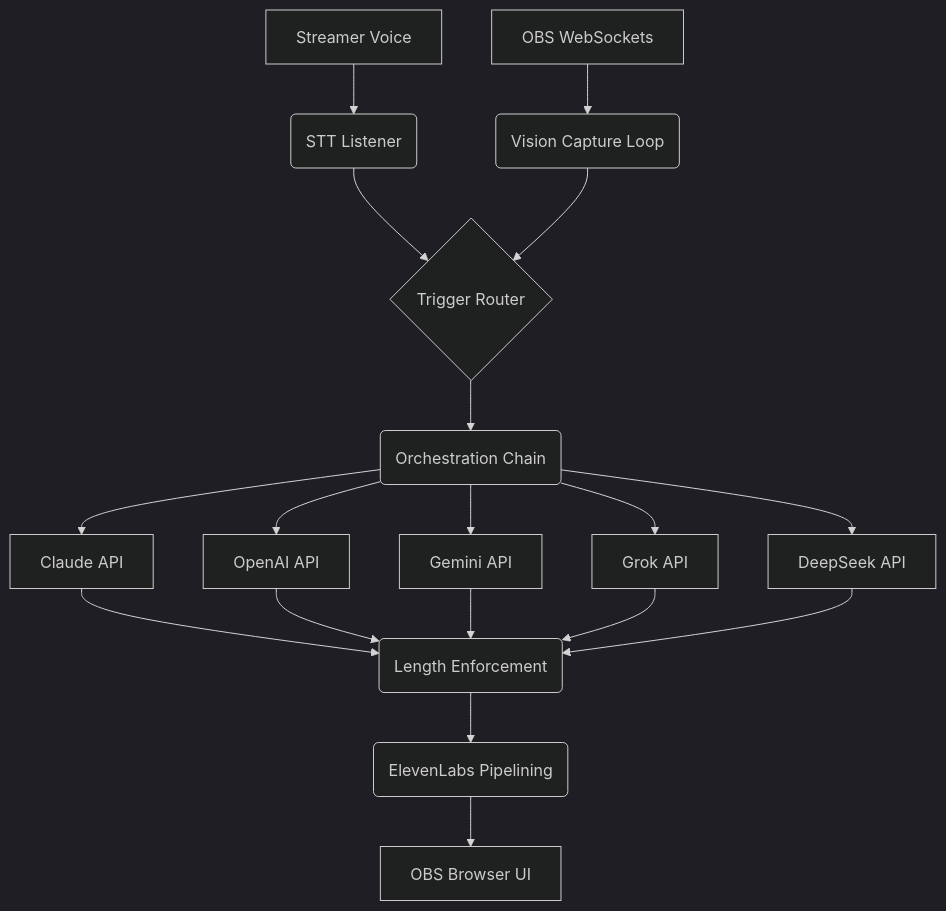
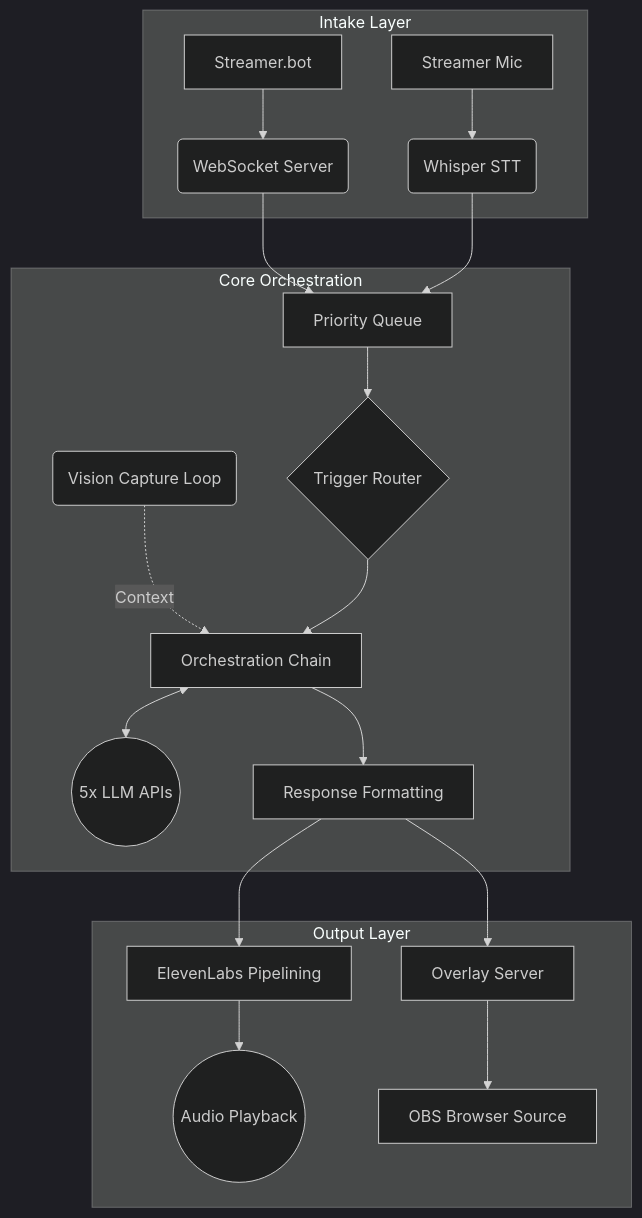
Before and after one commit to Moonie8t7/The_Party: the diagram in README.md, drawn with Mermaid (dark theme). The commit also changed other lines of this file, not shown here.

Commit message:
Refine architecture definition and restructure Mermaid diagram

````diff
--- a/README.md
+++ b/README.md
@@ -38,24 +38,27 @@
 ```mermaid
 graph TD
-    Streamer[Streamer Voice] --> STT(STT Listener)
-    OBS[OBS WebSockets] --> Vision(Vision Capture Loop)
-    STT --> Router{Trigger Router}
-    Vision --> Router
-    
-    Router --> Chain(Orchestration Chain)
-    
-    Chain --> Claude[Claude API]
-    Chain --> GPT[OpenAI API]
-    Chain --> Gemini[Gemini API]
-    Chain --> Grok[Grok API]
-    Chain --> DeepSeek[DeepSeek API]
-    
-    Claude --> Repair(Length Enforcement)
-    GPT --> Repair
-    Gemini --> Repair
-    Grok --> Repair
-    DeepSeek --> Repair
-    
-    Repair --> TTS(ElevenLabs Pipelining)
-    TTS --> OBSOut[OBS Browser UI]
+    subgraph Intake Layer
+        SB[Streamer.bot] --> WS(WebSocket Server)
+        Mic[Streamer Mic] --> STT(Whisper STT)
+    end
+
+    subgraph Core Orchestration
+        WS --> Queue[Priority Queue]
+        STT --> Queue
+        Queue --> Router{Trigger Router}
+        
+        Vision(Vision Capture Loop) -. Context .-> Chain
+        Router --> Chain[Orchestration Chain]
+        
+        Chain <--> Models((5x LLM APIs))
+        Chain --> Repair[Response Formatting]
+    end
+
+    subgraph Output Layer
+        Repair --> TTS[ElevenLabs Pipelining]
+        Repair --> UI[Overlay Server]
+        
+        TTS --> VoiceOut((Audio Playback))
+        UI --> Overlay[OBS Browser Source]
+    end
 ```
````
